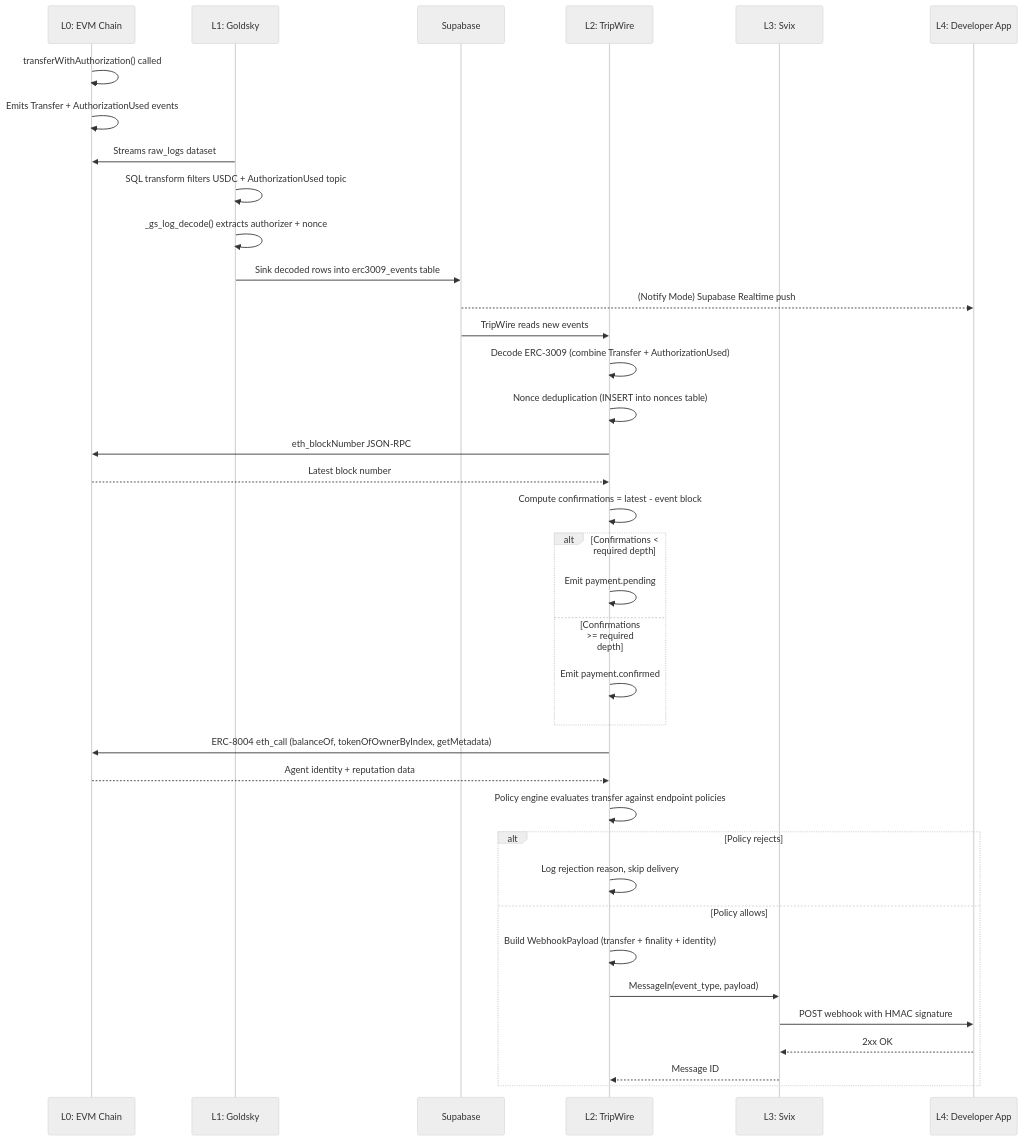
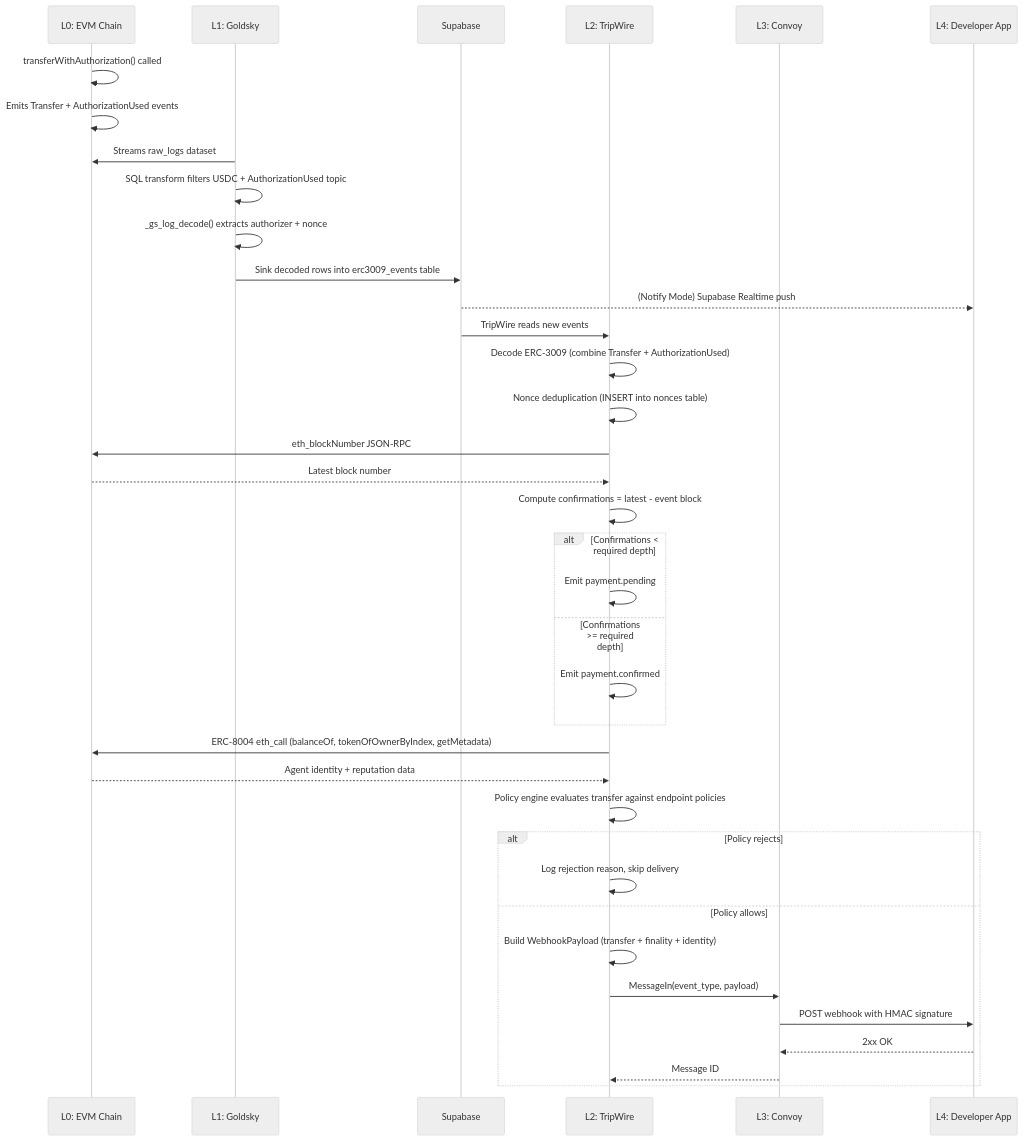
The second of 10 diagrams in docs/architecture/overview.md (sonu96/TripWire), drawn with Mermaid (neutral theme) before and after one commit. The commit also changed other lines of this file and 33 other files, not shown here.

First line of the commit message:
Replace Svix with Convoy self-hosted + direct httpx fast path

````diff
--- a/docs/architecture/overview.md
+++ b/docs/architecture/overview.md
@@ -154,47 +154,47 @@
 ```mermaid
 sequenceDiagram
     participant Chain as L0: EVM Chain
     participant GS as L1: Goldsky
     participant SB as Supabase
     participant TW as L2: TripWire
-    participant Svix as L3: Svix
+    participant Convoy as L3: Convoy
     participant Dev as L4: Developer App
 
     Chain->>Chain: transferWithAuthorization() called
     Chain->>Chain: Emits Transfer + AuthorizationUsed events
 
     GS->>Chain: Streams raw_logs dataset
     GS->>GS: SQL transform filters USDC + AuthorizationUsed topic
     GS->>GS: _gs_log_decode() extracts authorizer + nonce
     GS->>SB: Sink decoded rows into erc3009_events table
 
     SB-->>Dev: (Notify Mode) Supabase Realtime push
 
     SB->>TW: TripWire reads new events
     TW->>TW: Decode ERC-3009 (combine Transfer + AuthorizationUsed)
     TW->>TW: Nonce deduplication (INSERT into nonces table)
 
     TW->>Chain: eth_blockNumber JSON-RPC
     Chain-->>TW: Latest block number
     TW->>TW: Compute confirmations = latest - event block
 
     alt Confirmations < required depth
         TW->>TW: Emit payment.pending
     else Confirmations >= required depth
         TW->>TW: Emit payment.confirmed
     end
 
     TW->>Chain: ERC-8004 eth_call (balanceOf, tokenOfOwnerByIndex, getMetadata)
     Chain-->>TW: Agent identity + reputation data
 
     TW->>TW: Policy engine evaluates transfer against endpoint policies
     alt Policy rejects
         TW->>TW: Log rejection reason, skip delivery
     else Policy allows
         TW->>TW: Build WebhookPayload (transfer + finality + identity)
-        TW->>Svix: MessageIn(event_type, payload)
-        Svix->>Dev: POST webhook with HMAC signature
-        Dev-->>Svix: 2xx OK
-        Svix-->>TW: Message ID
+        TW->>Convoy: MessageIn(event_type, payload)
+        Convoy->>Dev: POST webhook with HMAC signature
+        Dev-->>Convoy: 2xx OK
+        Convoy-->>TW: Message ID
     end
 ```
````
